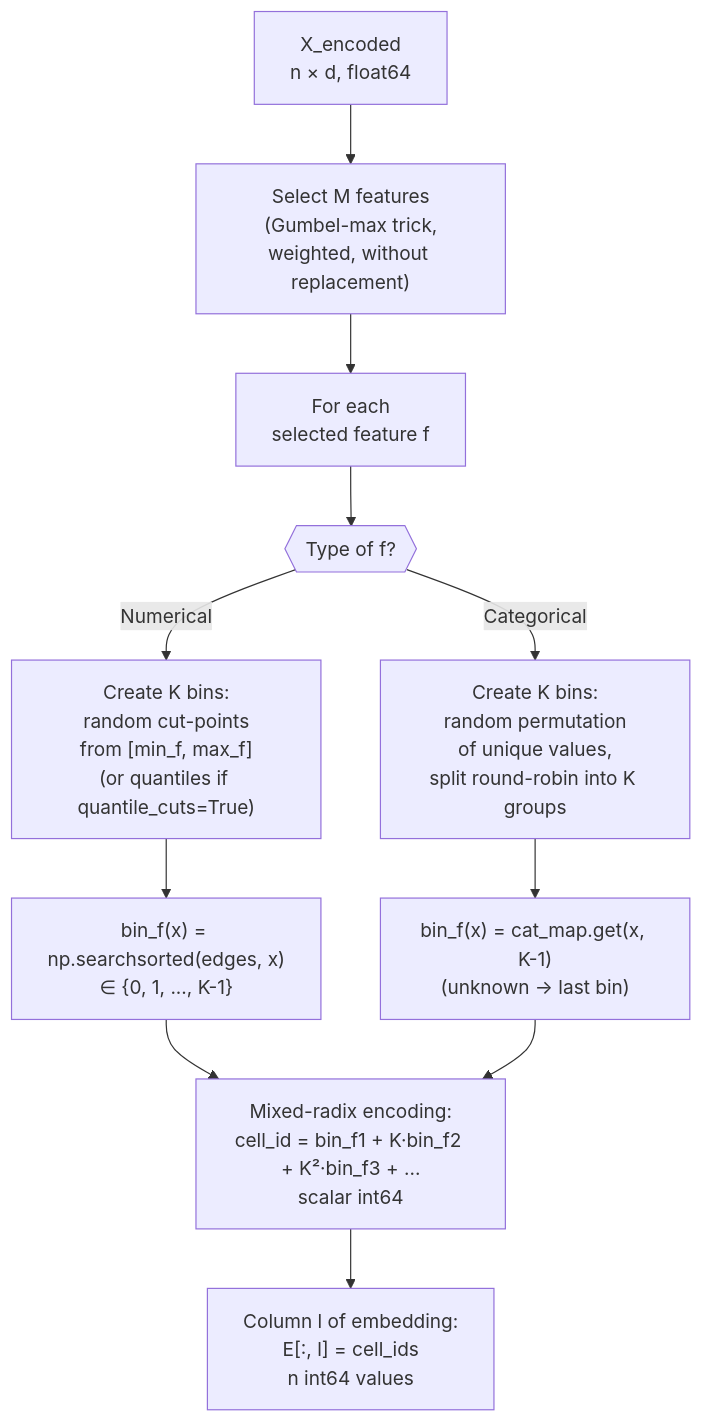
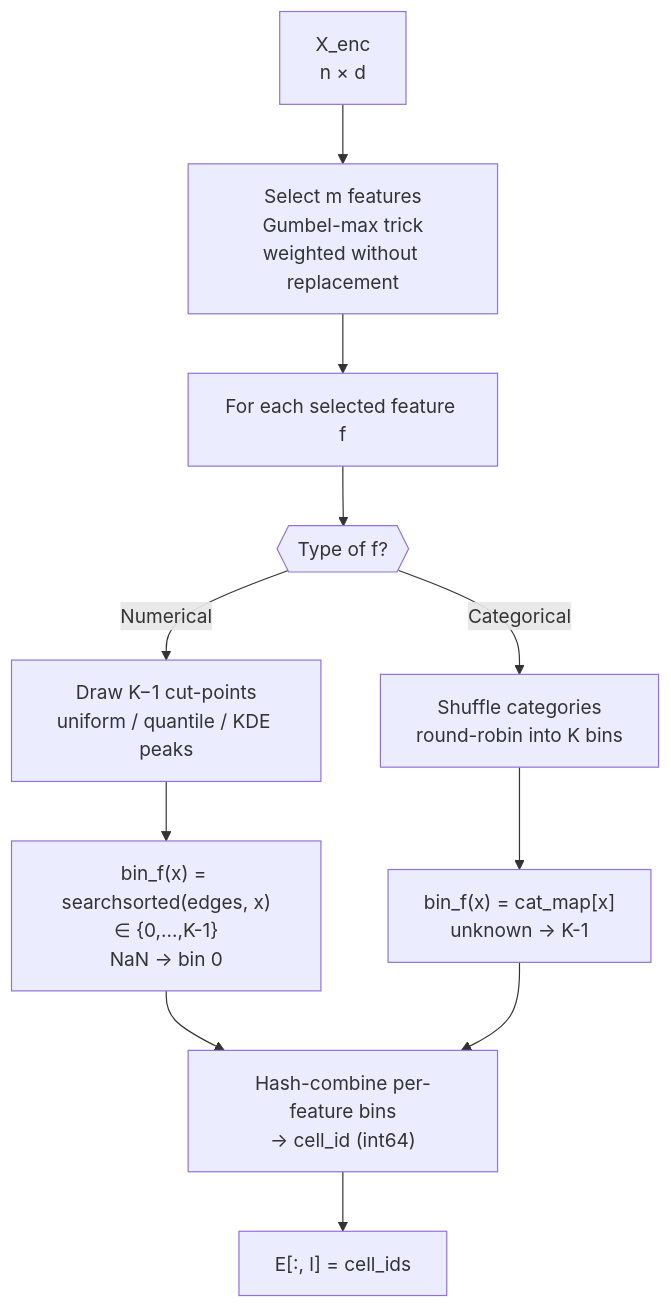
One commit to 4eshireCat/forest_clustering changed the third of 8 diagrams in ALGORITHM.md. Above: the diagram before and after it, drawn with Mermaid. The commit also changed other lines of this file and 17 other files, not shown here.

````diff
--- a/ALGORITHM.md
+++ b/ALGORITHM.md
@@ -95,20 +92,12 @@
 ```mermaid
 flowchart TD
-    A["X_encoded\nn × d, float64"] --> B
-
-    B["Select M features\n(Gumbel-max trick,\nweighted, without replacement)"] --> C
-
-    C["For each\nselected feature f"] --> D{{"Type of f?"}}
-
-    D -->|"Numerical"| E["Create K bins:\nrandom cut-points\nfrom [min_f, max_f]\n(or quantiles if quantile_cuts=True)"]
-    D -->|"Categorical"| F["Create K bins:\nrandom permutation\nof unique values,\nsplit round-robin into K groups"]
-
-    E --> G["bin_f(x) = np.searchsorted(edges, x)\n∈ {0, 1, ..., K-1}"]
-    F --> H["bin_f(x) = cat_map.get(x, K-1)\n(unknown → last bin)"]
-
-    G & H --> I
-
-    I["Mixed-radix encoding:\ncell_id = bin_f1 + K·bin_f2 + K²·bin_f3 + ...\nscalar int64"] --> J
-
-    J["Column l of embedding:\nE[:, l] = cell_ids\nn int64 values"]
+    A["X_enc<br/>n × d"] --> B["Select m features<br/>Gumbel-max trick<br/>weighted without replacement"]
+    B --> C["For each selected feature f"]
+    C --> D{{"Type of f?"}}
+    D -->|"Numerical"| E["Draw K−1 cut-points<br/>uniform / quantile / KDE peaks"]
+    D -->|"Categorical"| F["Shuffle categories<br/>round-robin into K bins"]
+    E --> G["bin_f(x) = searchsorted(edges, x)<br/>∈ {0,…,K-1}<br/>NaN → bin 0"]
+    F --> H["bin_f(x) = cat_map[x]<br/>unknown → K-1"]
+    G & H --> I["Hash-combine per-feature bins<br/>→ cell_id (int64)"]
+    I --> J["E[:, l] = cell_ids"]
 ```
````
